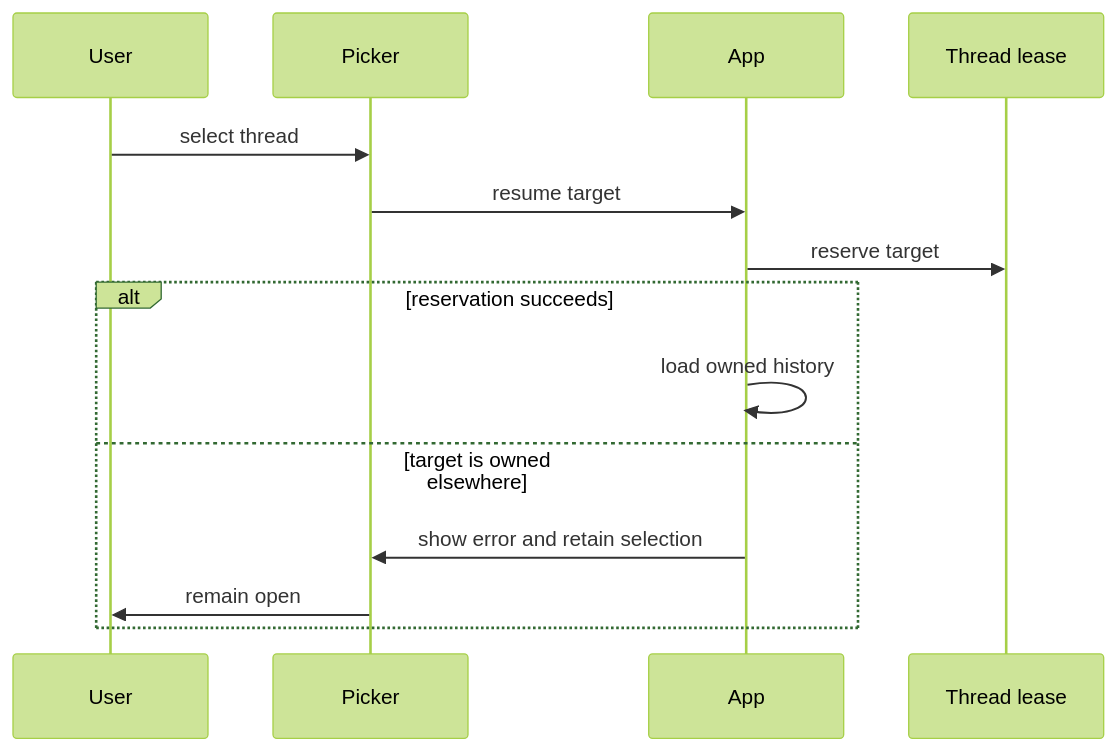
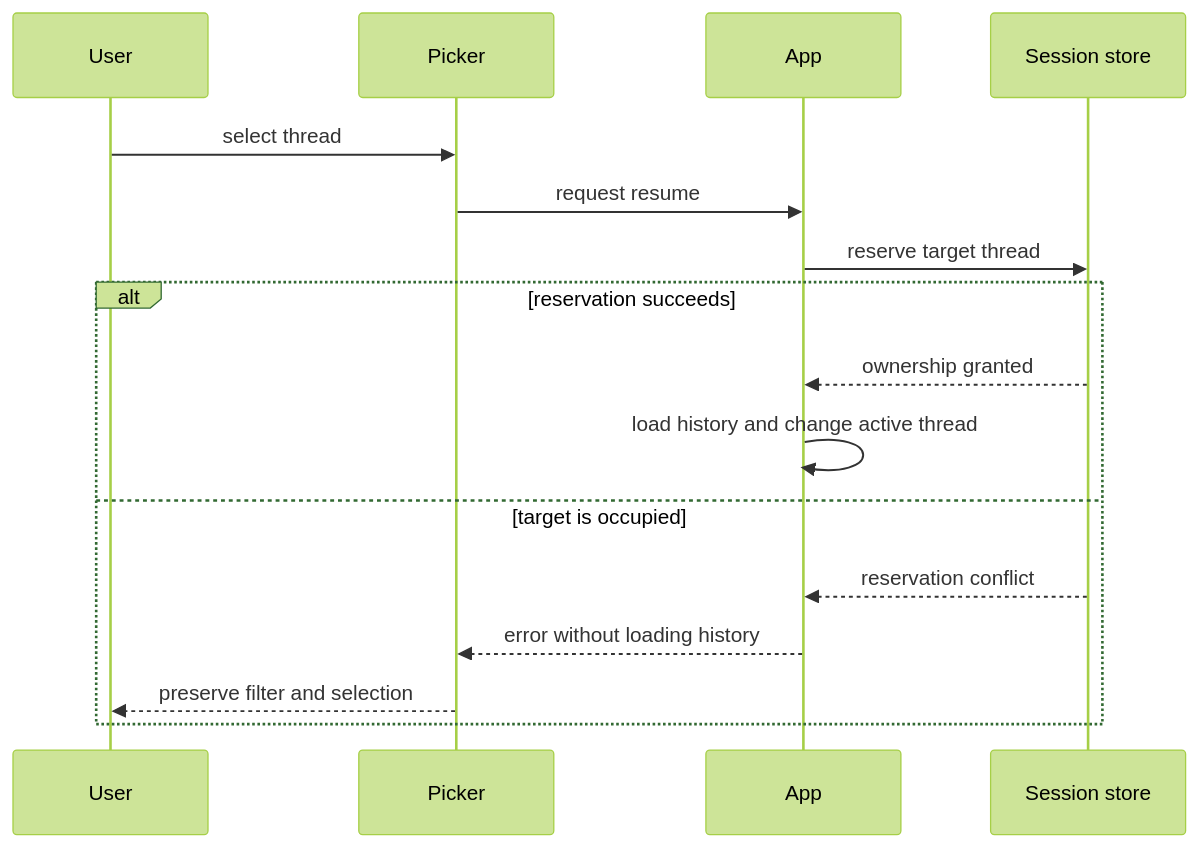
Before and after one commit to langchain-ai/deepagents: the second of 2 diagrams in openwiki/testing/testing-guide.md, drawn with Mermaid (forest theme). The commit also changed other lines of this file and 67 other files, not shown here.

````diff
--- a/openwiki/testing/testing-guide.md
+++ b/openwiki/testing/testing-guide.md
@@ -83,16 +143,18 @@
 ```mermaid
 sequenceDiagram
     participant User
     participant Picker
     participant App
-    participant Lease as Thread lease
+    participant Store as Session store
     User->>Picker: select thread
-    Picker->>App: resume target
-    App->>Lease: reserve target
+    Picker->>App: request resume
+    App->>Store: reserve target thread
     alt reservation succeeds
-        App->>App: load owned history
-    else target is owned elsewhere
-        App->>Picker: show error and retain selection
-        Picker->>User: remain open
+        Store-->>App: ownership granted
+        App->>App: load history and change active thread
+    else target is occupied
+        Store-->>App: reservation conflict
+        App-->>Picker: error without loading history
+        Picker-->>User: preserve filter and selection
     end
 ```
````
